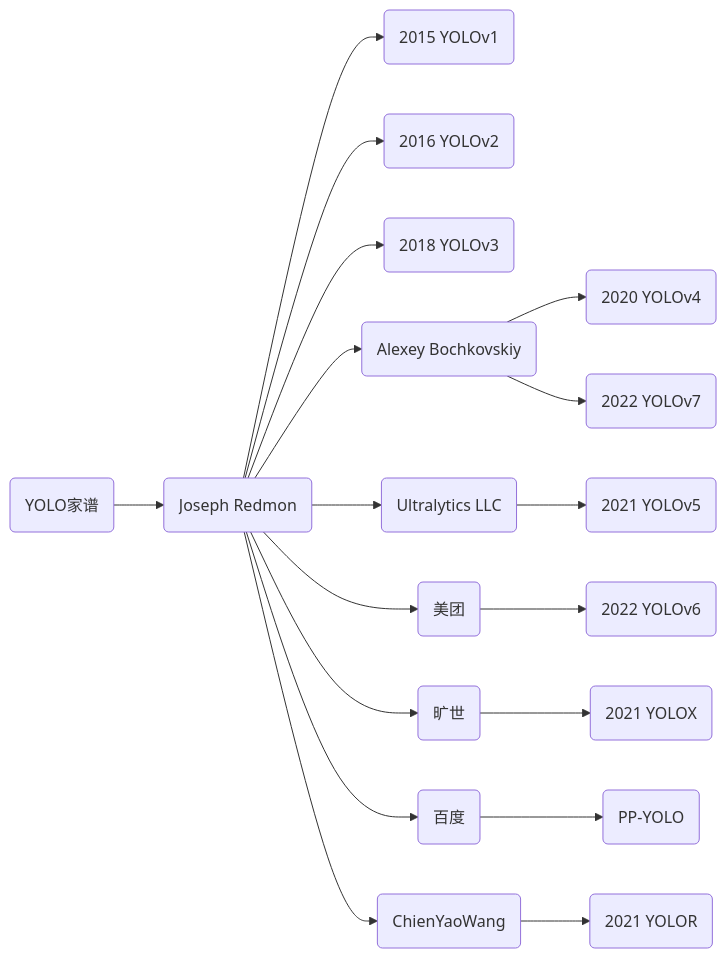
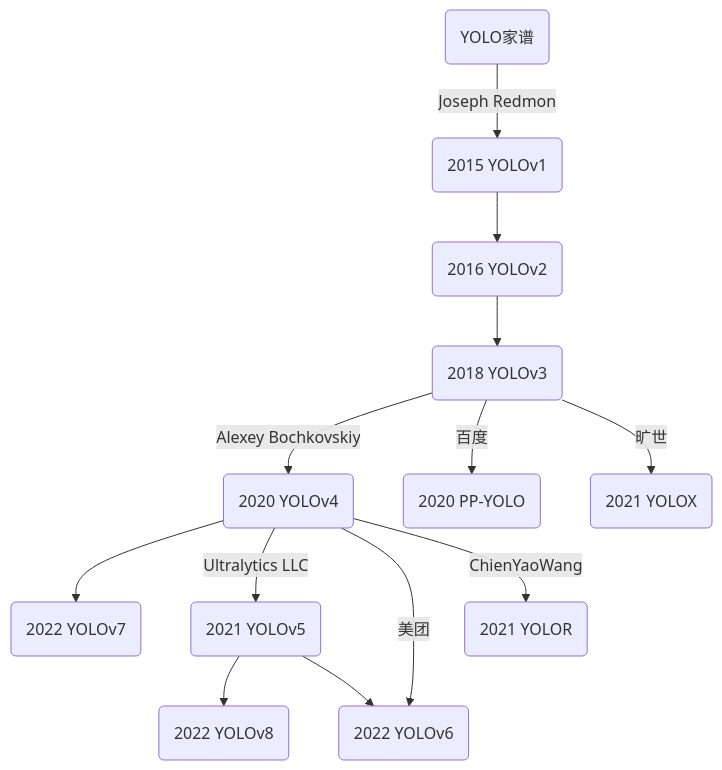
Before and after one commit to junxnone/aiwiki: the diagram in docs/0053_ML_Tasks_Image_Detection_YOLO.md, drawn with Mermaid. The commit also changed other lines of this file, not shown here.

Commit message:
Add new comment

````diff
--- a/docs/0053_ML_Tasks_Image_Detection_YOLO.md
+++ b/docs/0053_ML_Tasks_Image_Detection_YOLO.md
@@ -16,17 +16,17 @@
 ```mermaid
 
-graph LR
-    O(YOLO家谱)--> I(Joseph Redmon)
-    I --> V1(2015 YOLOv1)
-    I --> V2(2016 YOLOv2)
-    I --> V3(2018 YOLOv3)
-    I --> A(Alexey Bochkovskiy)
-    A --> V4(2020 YOLOv4)
-    A --> V7(2022 YOLOv7)
-    I --> U(Ultralytics LLC) --> V5(2021 YOLOv5)
-    I --> M(美团) --> V6(2022 YOLOv6)
-    I --> K(旷世) --> VX(2021 YOLOX)
-    I --> Ba(百度) --> PP(PP-YOLO)
-    I --> CYW(ChienYaoWang) --> VR(2021 YOLOR)
+graph TD
+    O(YOLO家谱)--> |Joseph Redmon| V1(2015 YOLOv1)
+    V1 --> V2(2016 YOLOv2)
+    V2 --> V3(2018 YOLOv3)
+    V3 --> |Alexey Bochkovskiy| V4(2020 YOLOv4)
+    V3 --> |百度| PP(2020 PP-YOLO)
+    V3 --> |旷世| VX(2021 YOLOX)
+    V4 --> V7(2022 YOLOv7)
+    V4 --> |Ultralytics LLC| V5(2021 YOLOv5)
+    V5 --> V8(2022 YOLOv8)
+    V4 --> |美团| V6(2022 YOLOv6)
+    V5 --> V6
+    V4 --> |ChienYaoWang| VR(2021 YOLOR)
 
 ```
````
